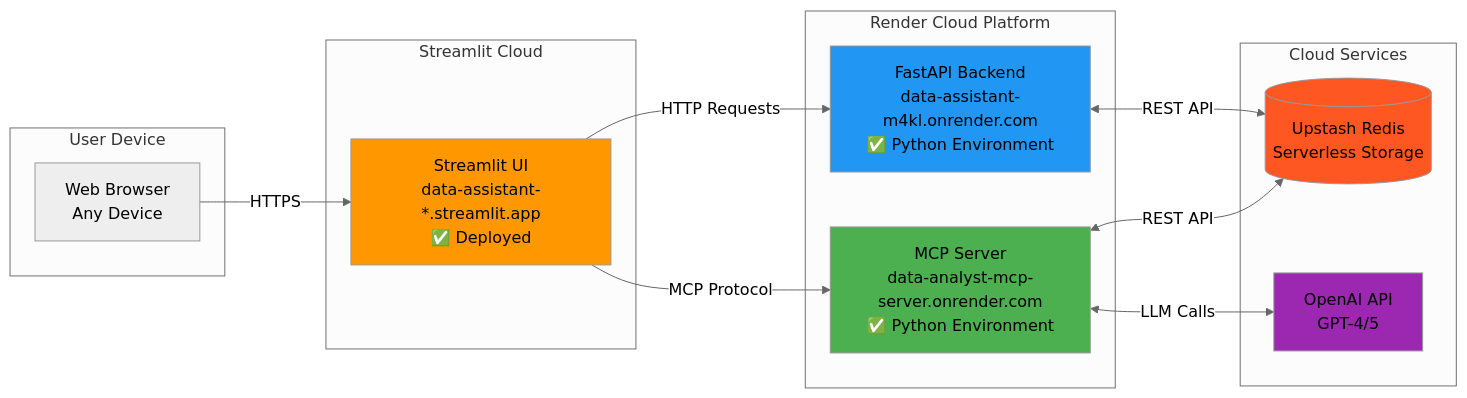
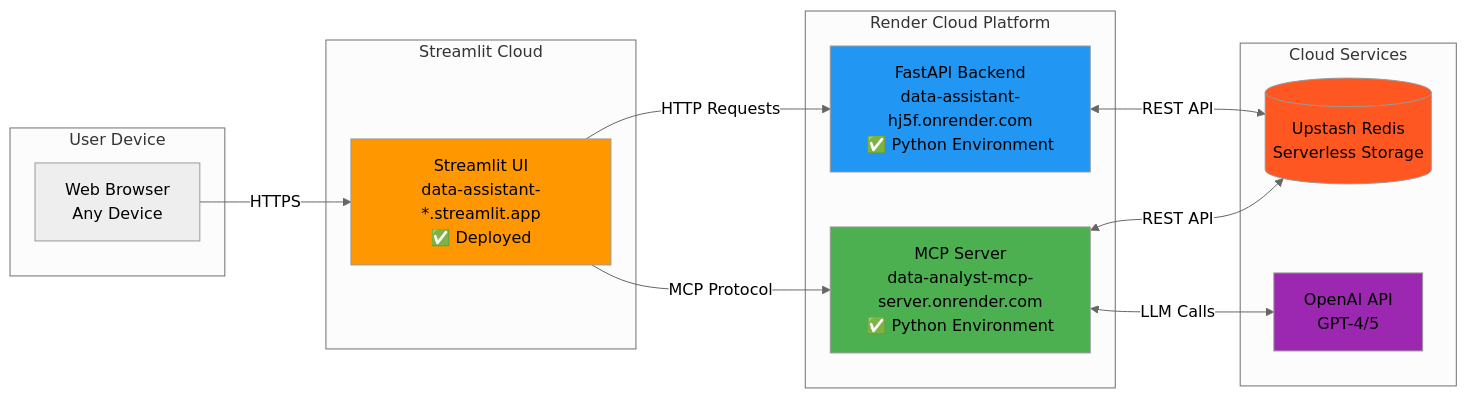
The ninth of 9 diagrams in README.md (shivansh-2003/Data-Assistant), drawn with Mermaid (neutral theme) before and after one commit. The commit also changed other lines of this file and 59 other files, not shown here.

````diff
--- a/README.md
+++ b/README.md
@@ -481,34 +482,34 @@
 ```mermaid
 flowchart LR
     subgraph "User Device"
         BROWSER[Web Browser<br/>Any Device]
     end
     
     subgraph "Streamlit Cloud"
         UI[Streamlit UI<br/>data-assistant-*.streamlit.app<br/>✅ Deployed]
     end
     
     subgraph "Render Cloud Platform"
         MCP_PROD[MCP Server<br/>data-analyst-mcp-server.onrender.com<br/>✅ Python Environment]
-        API_PROD[FastAPI Backend<br/>data-assistant-m4kl.onrender.com<br/>✅ Python Environment]
+        API_PROD[FastAPI Backend<br/>data-assistant-hj5f.onrender.com<br/>✅ Python Environment]
     end
     
     subgraph "Cloud Services"
         REDIS[(Upstash Redis<br/>Serverless Storage)]
         OPENAI[OpenAI API<br/>GPT-4/5]
     end
     
     BROWSER -->|HTTPS| UI
     UI -->|HTTP Requests| API_PROD
     UI -->|MCP Protocol| MCP_PROD
     
     API_PROD <-->|REST API| REDIS
     MCP_PROD <-->|REST API| REDIS
     MCP_PROD <-->|LLM Calls| OPENAI
     
     style UI fill:#FF9800
     style MCP_PROD fill:#4CAF50
     style API_PROD fill:#2196F3
     style REDIS fill:#FF5722
     style OPENAI fill:#9C27B0
 ```
````
